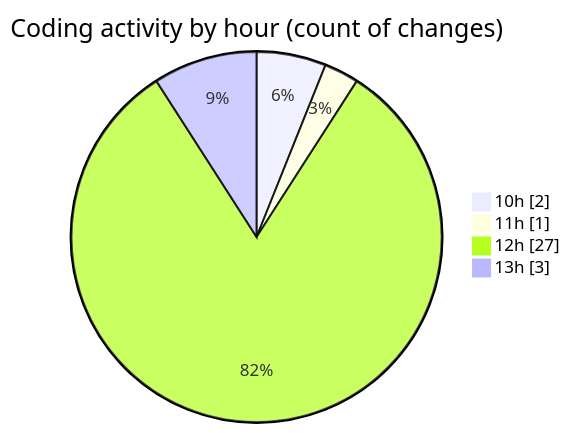
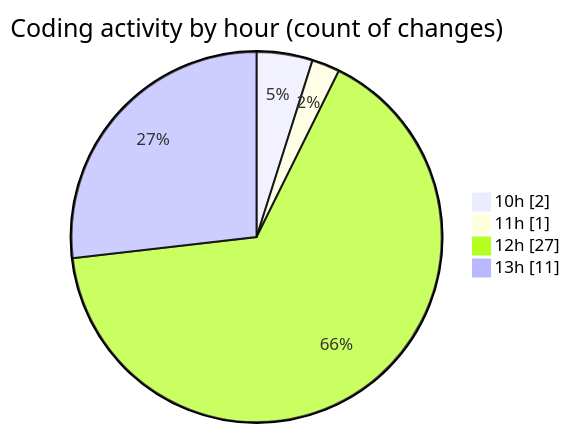
The second of 2 diagrams in 2025-08-18/nxtqube_webapp/README.md (nxtqubesakshisongat/code-tracking), drawn with Mermaid before and after one commit. The commit also changed other lines of this file and 1 other file, not shown here.

````diff
--- a/2025-08-18/nxtqube_webapp/README.md
+++ b/2025-08-18/nxtqube_webapp/README.md
@@ -33,8 +36,8 @@
 ```mermaid
 pie showData
 title Coding activity by hour (count of changes)
 "10h" : 2
 "11h" : 1
 "12h" : 27
-"13h" : 3
+"13h" : 11
 ```
````
